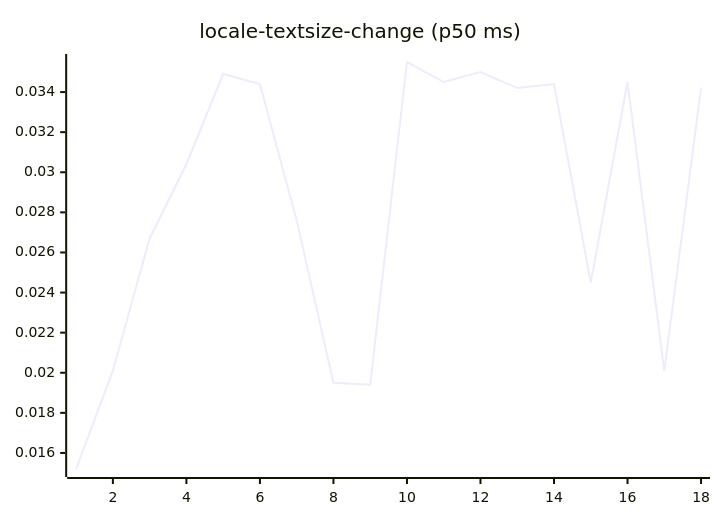
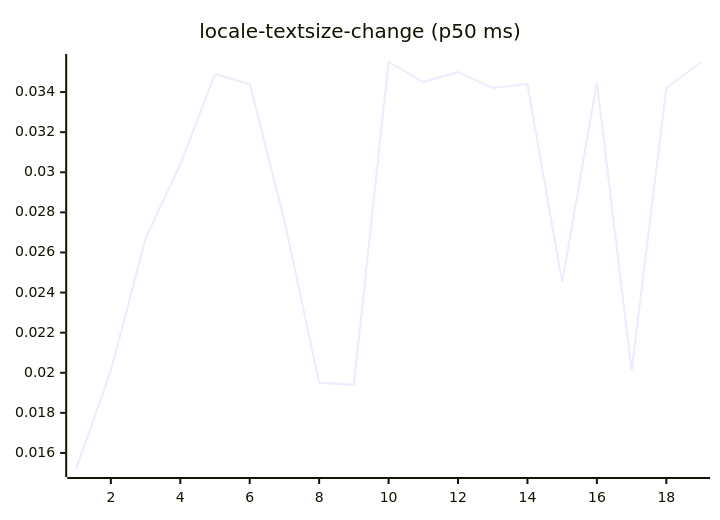
Diagram 13 of 27 in README.md (josha/Facet), drawn with Mermaid before and after one commit. The commit also changed other lines of this file and 2 other files, not shown here.

````diff
--- a/README.md
+++ b/README.md
@@ -147,6 +147,6 @@
 ```mermaid
 xychart-beta
     title "locale-textsize-change (p50 ms)"
-    x-axis 1 --> 18
-    line [0.0152, 0.0201, 0.0267, 0.0304, 0.0349, 0.0344, 0.0276, 0.0195, 0.0194, 0.0355, 0.0345, 0.0350, 0.0342, 0.0344, 0.0245, 0.0345, 0.0201, 0.0342]
+    x-axis 1 --> 19
+    line [0.0152, 0.0201, 0.0267, 0.0304, 0.0349, 0.0344, 0.0276, 0.0195, 0.0194, 0.0355, 0.0345, 0.0350, 0.0342, 0.0344, 0.0245, 0.0345, 0.0201, 0.0342, 0.0355]
 ```
````
